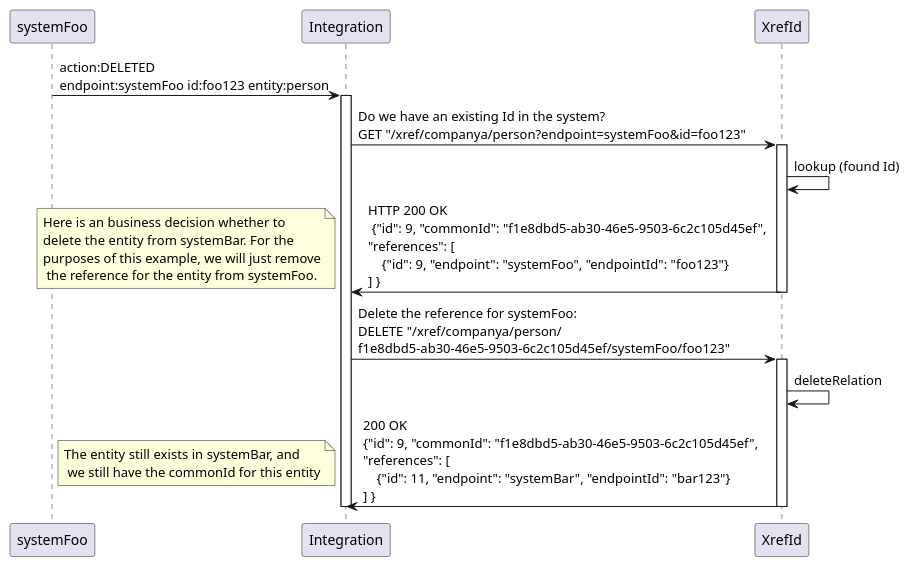
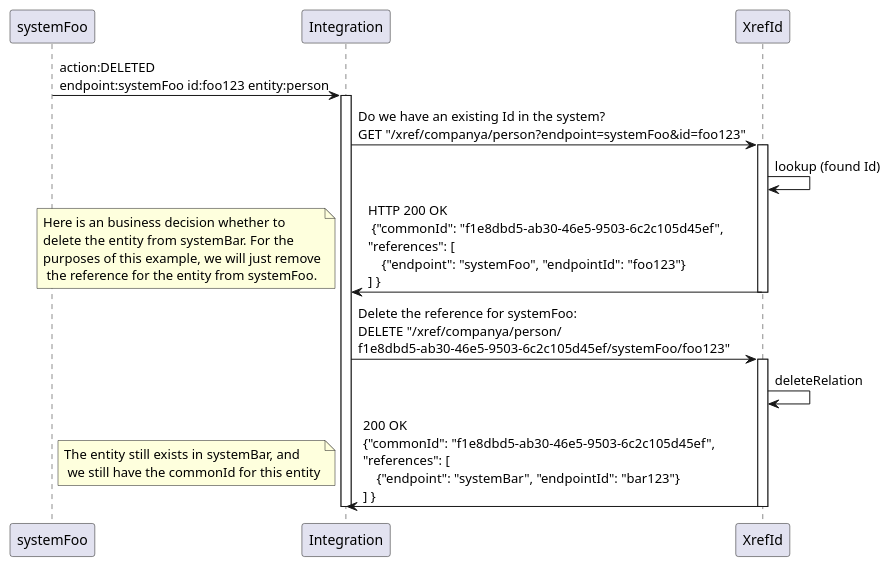
The diagram in puml/xref-sequence-relationremoval.puml (welshstew/xref-id-camel), drawn with PlantUML before and after one commit. The commit also changed 8 other files, not shown here.

```diff
--- a/puml/xref-sequence-relationremoval.puml
+++ b/puml/xref-sequence-relationremoval.puml
@@ -1,17 +1,17 @@
 @startuml
 systemFoo -> Integration: action:DELETED\nendpoint:systemFoo id:foo123 entity:person
 activate Integration
 Integration -> XrefId: Do we have an existing Id in the system? \nGET "/xref/companya/person?endpoint=systemFoo&id=foo123"
 activate XrefId
 XrefId -> XrefId: lookup (found Id)
-XrefId -> Integration : HTTP 200 OK \n {"id": 9, "commonId": "f1e8dbd5-ab30-46e5-9503-6c2c105d45ef", \n"references": [\n    {"id": 9, "endpoint": "systemFoo", "endpointId": "foo123"} \n] }
+XrefId -> Integration : HTTP 200 OK \n {"commonId": "f1e8dbd5-ab30-46e5-9503-6c2c105d45ef", \n"references": [\n    {"endpoint": "systemFoo", "endpointId": "foo123"} \n] }
 note left: Here is an business decision whether to \ndelete the entity from systemBar. For the \npurposes of this example, we will just remove\n the reference for the entity from systemFoo.
 deactivate XrefId
 Integration -> XrefId: Delete the reference for systemFoo: \nDELETE "/xref/companya/person/\nf1e8dbd5-ab30-46e5-9503-6c2c105d45ef/systemFoo/foo123"
 activate XrefId
 XrefId -> XrefId: deleteRelation
-XrefId -> Integration: 200 OK \n{"id": 9, "commonId": "f1e8dbd5-ab30-46e5-9503-6c2c105d45ef", \n"references": [\n    {"id": 11, "endpoint": "systemBar", "endpointId": "bar123"} \n] }
+XrefId -> Integration: 200 OK \n{"commonId": "f1e8dbd5-ab30-46e5-9503-6c2c105d45ef", \n"references": [\n    {"endpoint": "systemBar", "endpointId": "bar123"} \n] }
 deactivate XrefId
 note left: The entity still exists in systemBar, and \n we still have the commonId for this entity
 deactivate Integration
 @enduml
```
